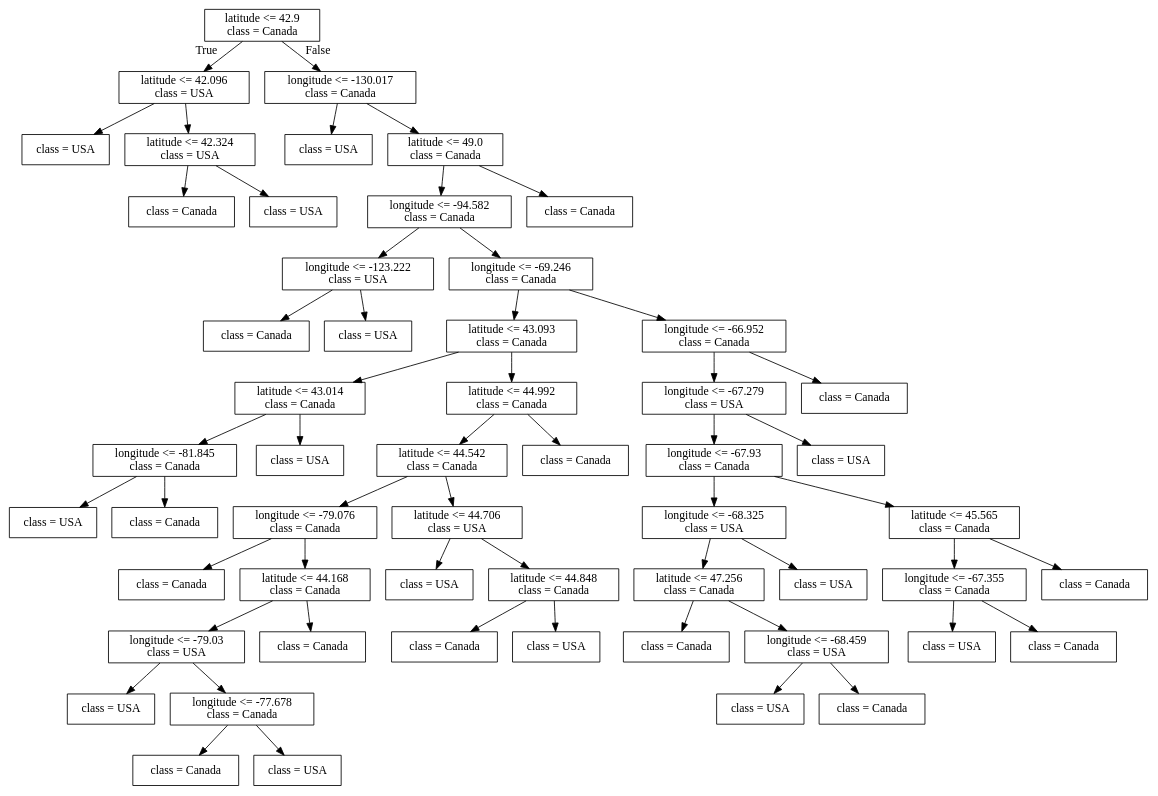
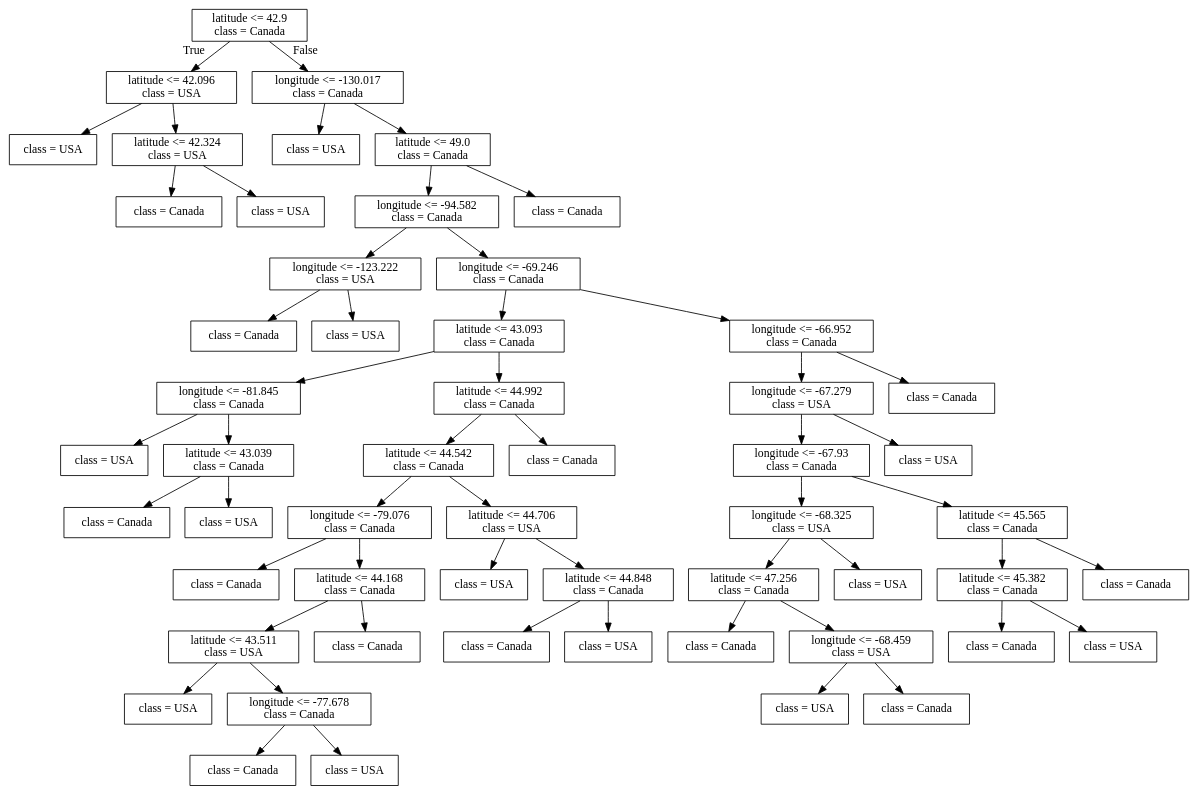
Before and after one commit to bait509-ubc/BAIT509: the diagram in lectures/Source.gv, drawn with Graphviz. The commit also changed 52 other files, not shown here.

```diff
--- a/lectures/Source.gv
+++ b/lectures/Source.gv
@@ -1,112 +1,112 @@
 digraph Tree {
 node [shape=box] ;
 0 [label="latitude <= 42.9\nclass = Canada"] ;
 1 [label="latitude <= 42.096\nclass = USA"] ;
 0 -> 1 [labeldistance=2.5, labelangle=45, headlabel="True"] ;
 2 [label="class = USA"] ;
 1 -> 2 ;
 3 [label="latitude <= 42.324\nclass = USA"] ;
 1 -> 3 ;
 4 [label="class = Canada"] ;
 3 -> 4 ;
 5 [label="class = USA"] ;
 3 -> 5 ;
 6 [label="longitude <= -130.017\nclass = Canada"] ;
 0 -> 6 [labeldistance=2.5, labelangle=-45, headlabel="False"] ;
 7 [label="class = USA"] ;
 6 -> 7 ;
 8 [label="latitude <= 49.0\nclass = Canada"] ;
 6 -> 8 ;
 9 [label="longitude <= -94.582\nclass = Canada"] ;
 8 -> 9 ;
 10 [label="longitude <= -123.222\nclass = USA"] ;
 9 -> 10 ;
 11 [label="class = Canada"] ;
 10 -> 11 ;
 12 [label="class = USA"] ;
 10 -> 12 ;
 13 [label="longitude <= -69.246\nclass = Canada"] ;
 9 -> 13 ;
 14 [label="latitude <= 43.093\nclass = Canada"] ;
 13 -> 14 ;
-15 [label="latitude <= 43.014\nclass = Canada"] ;
+15 [label="longitude <= -81.845\nclass = Canada"] ;
 14 -> 15 ;
-16 [label="longitude <= -81.845\nclass = Canada"] ;
+16 [label="class = USA"] ;
 15 -> 16 ;
-17 [label="class = USA"] ;
-16 -> 17 ;
+17 [label="latitude <= 43.039\nclass = Canada"] ;
+15 -> 17 ;
 18 [label="class = Canada"] ;
-16 -> 18 ;
+17 -> 18 ;
 19 [label="class = USA"] ;
-15 -> 19 ;
+17 -> 19 ;
 20 [label="latitude <= 44.992\nclass = Canada"] ;
 14 -> 20 ;
 21 [label="latitude <= 44.542\nclass = Canada"] ;
 20 -> 21 ;
 22 [label="longitude <= -79.076\nclass = Canada"] ;
 21 -> 22 ;
 23 [label="class = Canada"] ;
 22 -> 23 ;
 24 [label="latitude <= 44.168\nclass = Canada"] ;
 22 -> 24 ;
-25 [label="longitude <= -79.03\nclass = USA"] ;
+25 [label="latitude <= 43.511\nclass = USA"] ;
 24 -> 25 ;
 26 [label="class = USA"] ;
 25 -> 26 ;
 27 [label="longitude <= -77.678\nclass = Canada"] ;
 25 -> 27 ;
 28 [label="class = Canada"] ;
 27 -> 28 ;
 29 [label="class = USA"] ;
 27 -> 29 ;
 30 [label="class = Canada"] ;
 24 -> 30 ;
 31 [label="latitude <= 44.706\nclass = USA"] ;
 21 -> 31 ;
 32 [label="class = USA"] ;
 31 -> 32 ;
 33 [label="latitude <= 44.848\nclass = Canada"] ;
 31 -> 33 ;
 34 [label="class = Canada"] ;
 33 -> 34 ;
 35 [label="class = USA"] ;
 33 -> 35 ;
 36 [label="class = Canada"] ;
 20 -> 36 ;
 37 [label="longitude <= -66.952\nclass = Canada"] ;
 13 -> 37 ;
 38 [label="longitude <= -67.279\nclass = USA"] ;
 37 -> 38 ;
 39 [label="longitude <= -67.93\nclass = Canada"] ;
 38 -> 39 ;
 40 [label="longitude <= -68.325\nclass = USA"] ;
 39 -> 40 ;
 41 [label="latitude <= 47.256\nclass = Canada"] ;
 40 -> 41 ;
 42 [label="class = Canada"] ;
 41 -> 42 ;
 43 [label="longitude <= -68.459\nclass = USA"] ;
 41 -> 43 ;
 44 [label="class = USA"] ;
 43 -> 44 ;
 45 [label="class = Canada"] ;
 43 -> 45 ;
 46 [label="class = USA"] ;
 40 -> 46 ;
 47 [label="latitude <= 45.565\nclass = Canada"] ;
 39 -> 47 ;
-48 [label="longitude <= -67.355\nclass = Canada"] ;
+48 [label="latitude <= 45.382\nclass = Canada"] ;
 47 -> 48 ;
-49 [label="class = USA"] ;
+49 [label="class = Canada"] ;
 48 -> 49 ;
-50 [label="class = Canada"] ;
+50 [label="class = USA"] ;
 48 -> 50 ;
 51 [label="class = Canada"] ;
 47 -> 51 ;
 52 [label="class = USA"] ;
 38 -> 52 ;
 53 [label="class = Canada"] ;
 37 -> 53 ;
 54 [label="class = Canada"] ;
 8 -> 54 ;
 }
```
